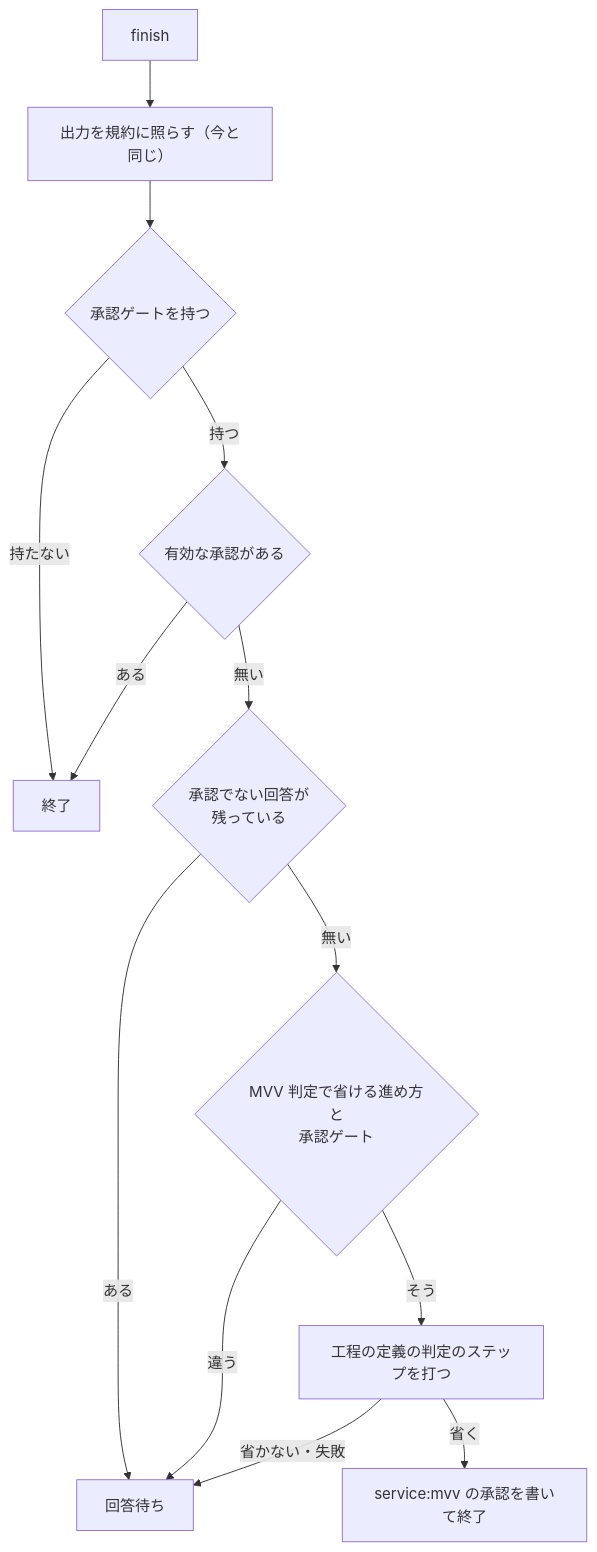
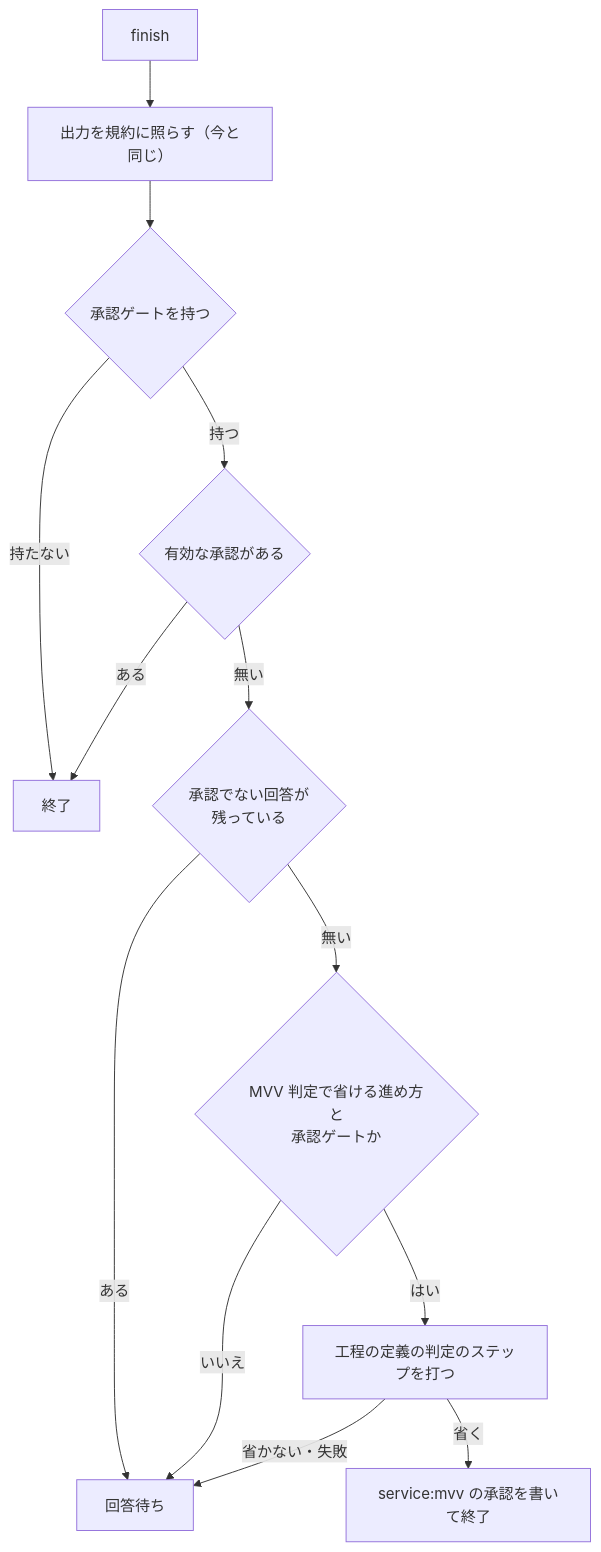
The fifth of 5 diagrams in issues/issue-4520-design.md (devbasex/ai-plugins), drawn with Mermaid before and after one commit. The commit also changed other lines of this file, not shown here.

Commit message:
Docs: 工程の開き直しの設計書の図の線と分岐の名前を直す （#4520）

````diff
--- a/issues/issue-4520-design.md
+++ b/issues/issue-4520-design.md
@@ -202,15 +202,15 @@
 ```mermaid
 graph TD
   F["finish"] --> O["出力を規約に照らす（今と同じ）"]
   O --> G{"承認ゲートを持つ"}
   G -- "持たない" --> DONE["終了"]
   G -- "持つ" --> A{"有効な承認がある"}
   A -- "ある" --> DONE
   A -- "無い" --> N{"承認でない回答が<br/>残っている"}
   N -- "ある" --> H
-  N -- "無い" --> V{"MVV 判定で省ける進め方と<br/>承認ゲート"}
-  V -- "違う" --> H["回答待ち"]
-  V -- "そう" --> J["工程の定義の判定のステップを打つ"]
+  N -- "無い" --> V{"MVV 判定で省ける進め方と<br/>承認ゲートか"}
+  V -- "いいえ" --> H["回答待ち"]
+  V -- "はい" --> J["工程の定義の判定のステップを打つ"]
   J -- "省く" --> S["service:mvv の承認を書いて終了"]
   J -- "省かない・失敗" --> H
 ```
````
